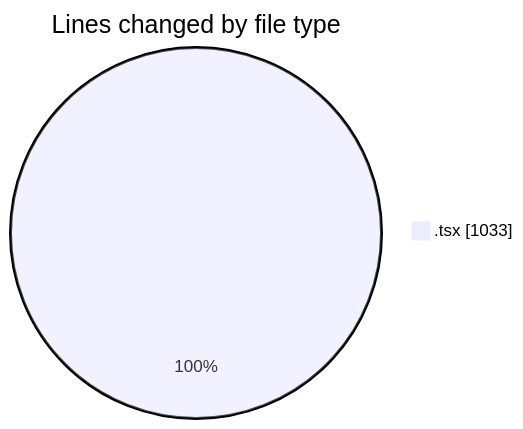
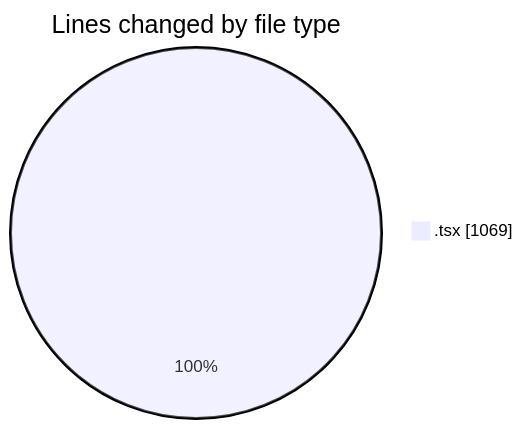
The first of 2 diagrams in 2026-11-11/cda/README.md (momahboobian/code-tracking), drawn with Mermaid before and after one commit. The commit also changed other lines of this file and 1 other file, not shown here.

````diff
--- a/2026-11-11/cda/README.md
+++ b/2026-11-11/cda/README.md
@@ -23,5 +23,5 @@
 ```mermaid
 pie showData
 title Lines changed by file type
-".tsx" : 1033
+".tsx" : 1069
 ```
````
